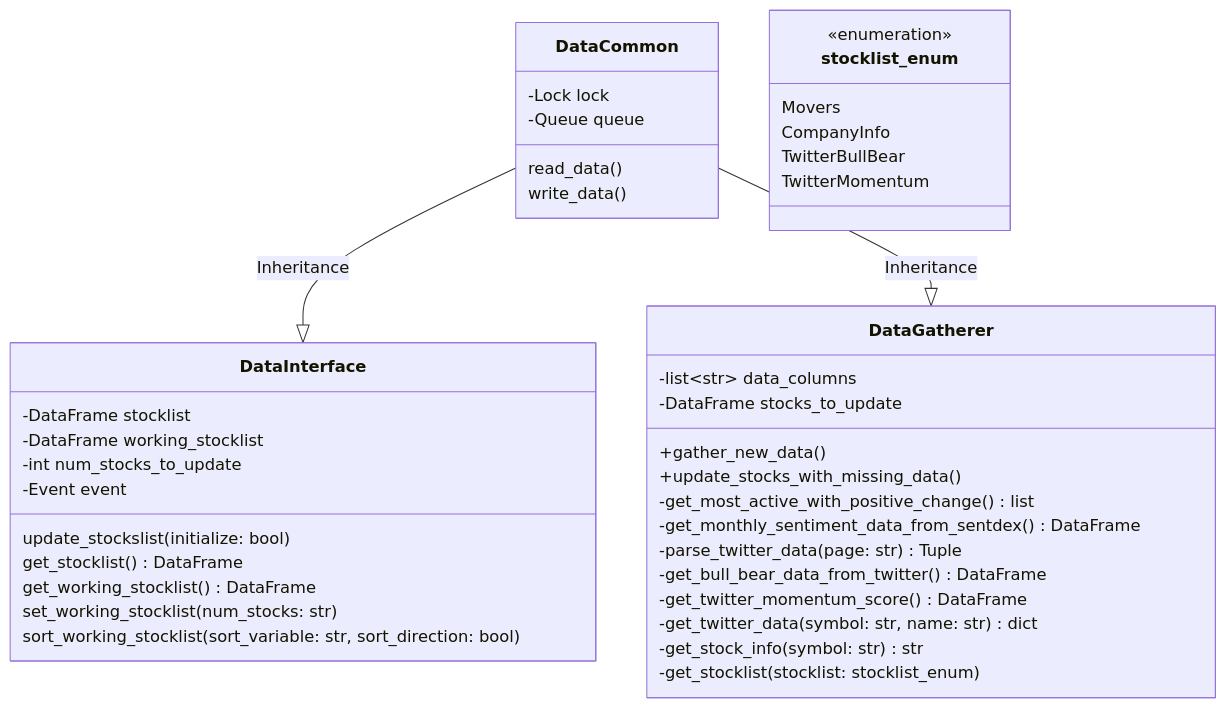
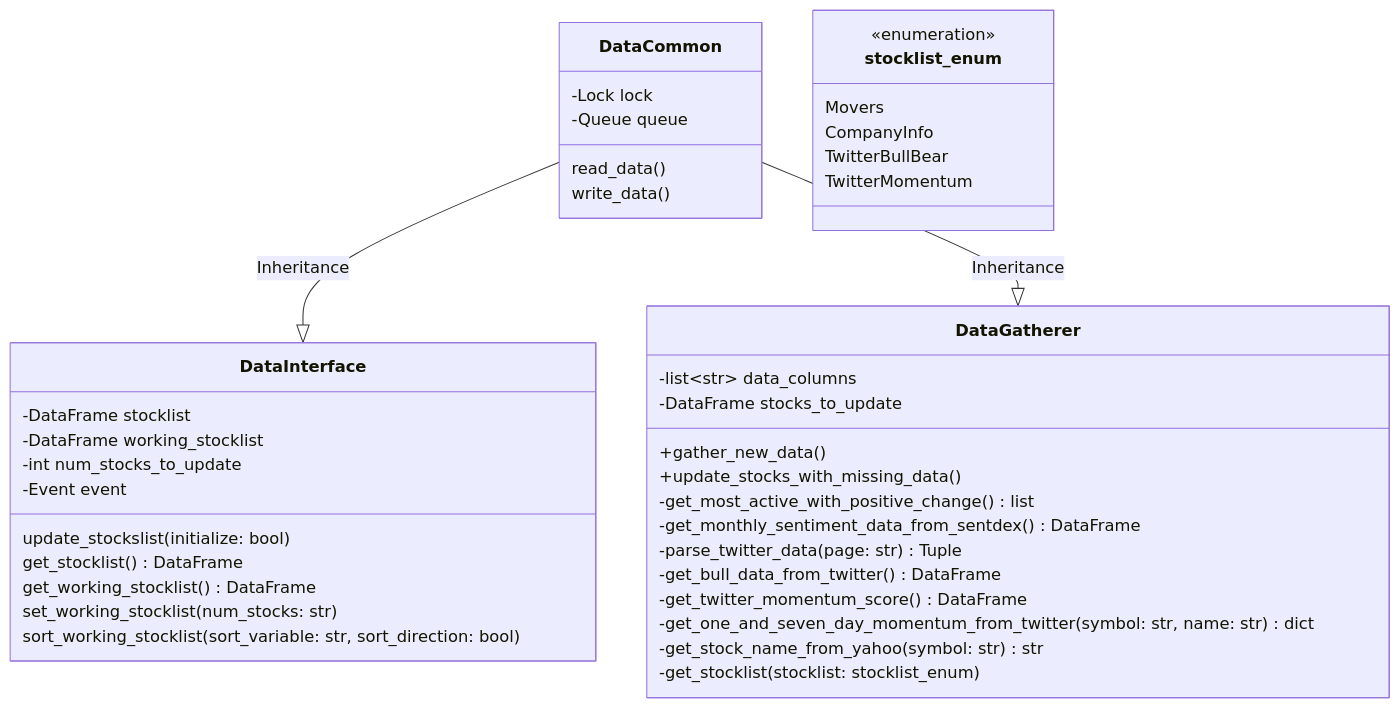
One commit to timfornell/StockScreener changed the diagram in Doc/ClassDiagram.mmd. Above: the diagram before and after it, drawn with Mermaid. The commit also changed 1 other file, not shown here.

Commit message:
Finish commenting DataGatherer

```diff
--- a/Doc/ClassDiagram.mmd
+++ b/Doc/ClassDiagram.mmd
@@ -1,47 +1,47 @@
 classDiagram
 class DataCommon{
     read_data()
     write_data()
     -Lock lock
     -Queue queue
 }
 
 class DataInterface{
     -DataFrame stocklist
     -DataFrame working_stocklist
     -int num_stocks_to_update
     -Event event
 
     update_stockslist(initialize: bool)
     get_stocklist() DataFrame
     get_working_stocklist() DataFrame
     set_working_stocklist(num_stocks: str)
     sort_working_stocklist(sort_variable: str, sort_direction: bool)
 }
 
 class DataGatherer{
     -list~str~ data_columns
     -DataFrame stocks_to_update
 
     +gather_new_data()
     +update_stocks_with_missing_data()
     -get_most_active_with_positive_change() list
     -get_monthly_sentiment_data_from_sentdex() DataFrame
     -parse_twitter_data(page: str) Tuple
-    -get_bull_bear_data_from_twitter() DataFrame
+    -get_bull_data_from_twitter() DataFrame
     -get_twitter_momentum_score() DataFrame
-    -get_twitter_data(symbol: str, name: str) dict
-    -get_stock_info(symbol: str) str
+    -get_one_and_seven_day_momentum_from_twitter(symbol: str, name: str) dict
+    -get_stock_name_from_yahoo(symbol: str) str
     -get_stocklist(stocklist: stocklist_enum)
 }
 
 class stocklist_enum{
     <<enumeration>>
     Movers
     CompanyInfo
     TwitterBullBear
     TwitterMomentum
 }
 
 DataCommon --|> DataInterface : Inheritance
 DataCommon --|> DataGatherer : Inheritance
```
